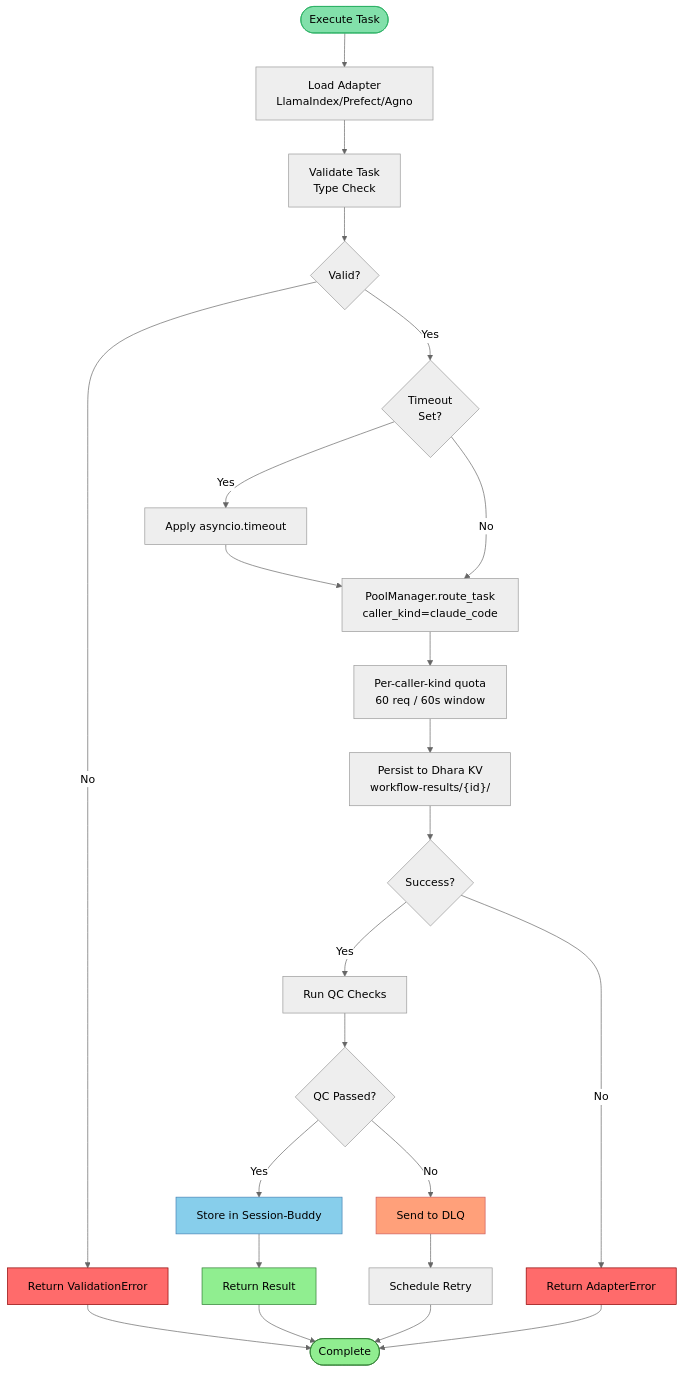
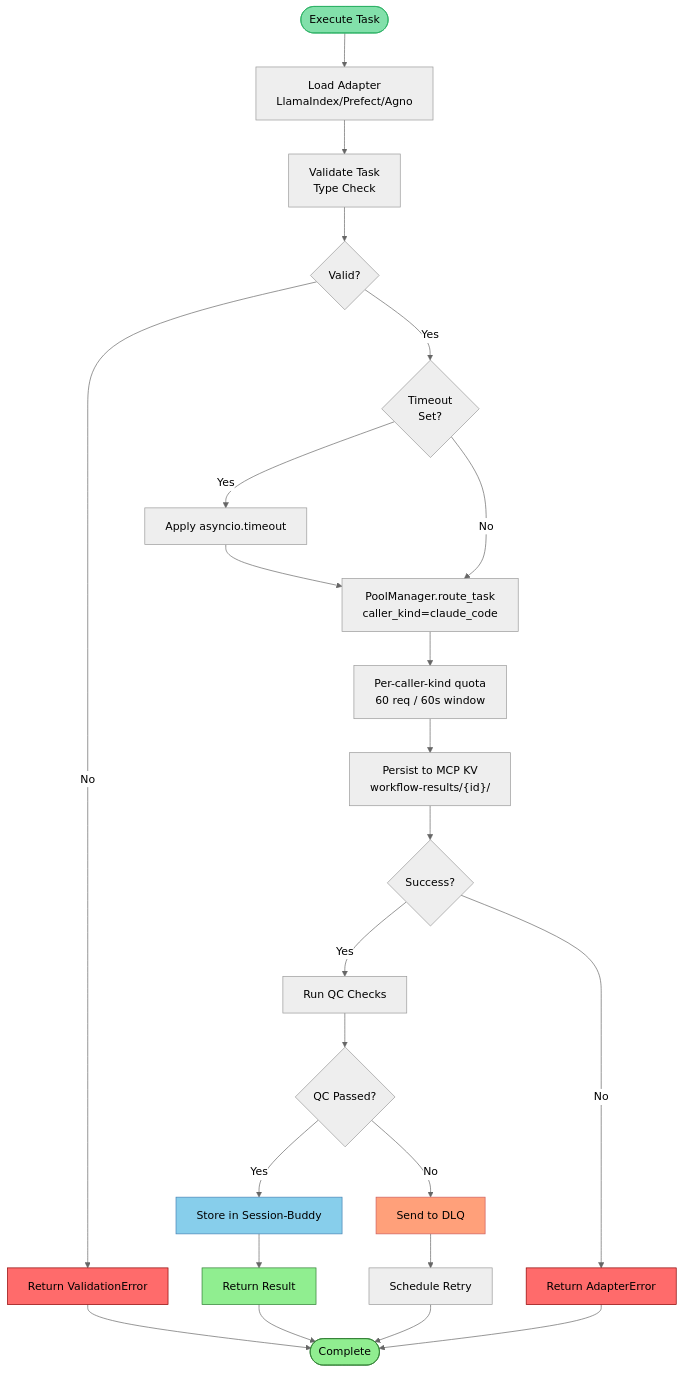
The sixth of 11 diagrams in docs/VISUAL_GUIDE.md (lesleslie/mahavishnu), drawn with Mermaid (neutral theme) before and after one commit. The commit also changed other lines of this file and 181 other files, not shown here.

````diff
--- a/docs/VISUAL_GUIDE.md
+++ b/docs/VISUAL_GUIDE.md
@@ -372,42 +372,42 @@
 ```mermaid
 flowchart TD
     Start(["Execute Task"]) --> LoadAdapter["Load Adapter<br/>LlamaIndex/Prefect/Agno"]
 
     LoadAdapter --> Validate["Validate Task<br/>Type Check"]
     Validate --> Valid{Valid?}
 
     Valid -->|No| Error1["Return ValidationError"]
     Valid -->|Yes| CheckTimeout{"Timeout<br/>Set?"}
 
     CheckTimeout -->|Yes| ApplyTimeout["Apply asyncio.timeout"]
     CheckTimeout -->|No| Execute
 
     ApplyTimeout --> Execute["PoolManager.route_task<br/>caller_kind=claude_code"]
 
     Execute --> Quota["Per-caller-kind quota<br/>60 req / 60s window"]
-    Quota --> Persist["Persist to Dhara KV<br/>workflow-results/{id}/"]
+    Quota --> Persist["Persist to MCP KV<br/>workflow-results/{id}/"]
     Persist --> Success{Success?}
 
     Success -->|Yes| QC["Run QC Checks"]
     Success -->|No| Error2["Return AdapterError"]
 
     QC --> QCPass{QC Passed?}
     QCPass -->|Yes| Store["Store in Session-Buddy"]
     QCPass -->|No| DLQ["Send to DLQ"]
 
     Store --> Return["Return Result"]
     DLQ --> Schedule["Schedule Retry"]
 
     Return --> End(["Complete"])
     Error1 --> End
     Error2 --> End
     Schedule --> End
 
     style Start fill:#82E0AA,stroke:#27AE60
     style End fill:#90EE90,stroke:#2E7D32
     style Error1 fill:#FF6B6B,stroke:#8B0000
     style Error2 fill:#FF6B6B,stroke:#8B0000
     style DLQ fill:#FFA07A,stroke:#CD5C5C
     style Store fill:#87CEEB,stroke:#4682B4
     style Return fill:#90EE90,stroke:#2E7D32
 ```
````
